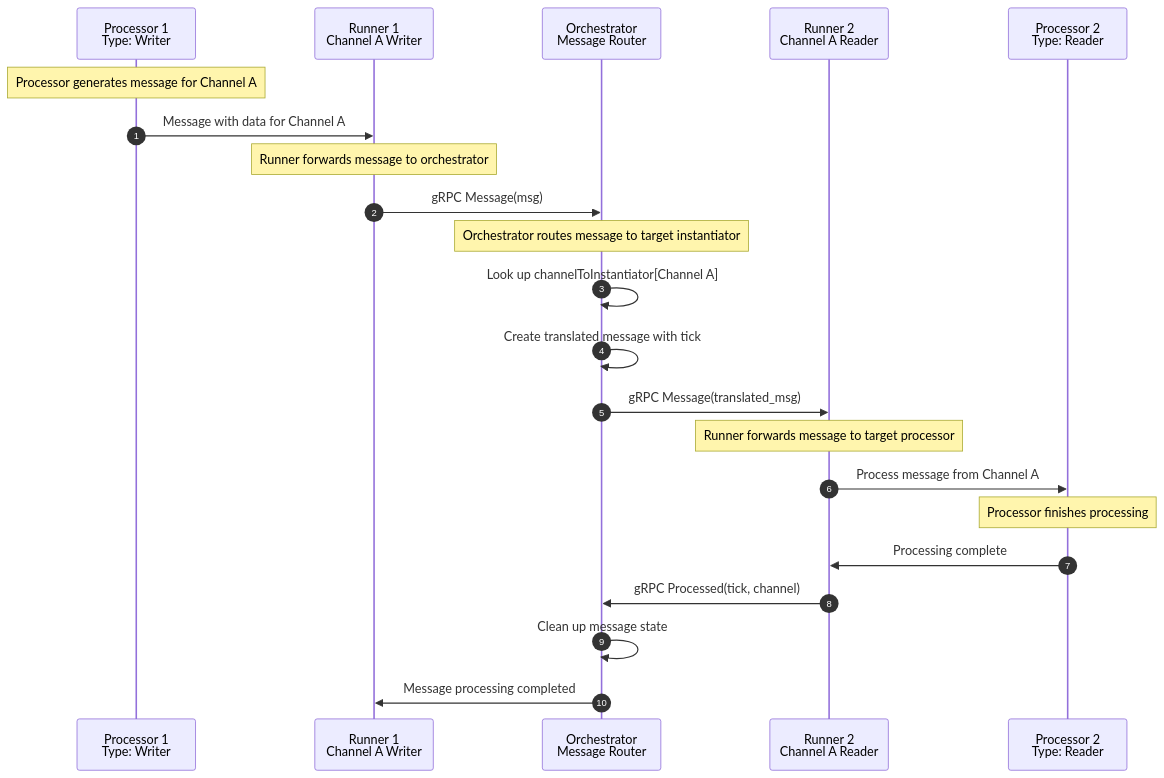
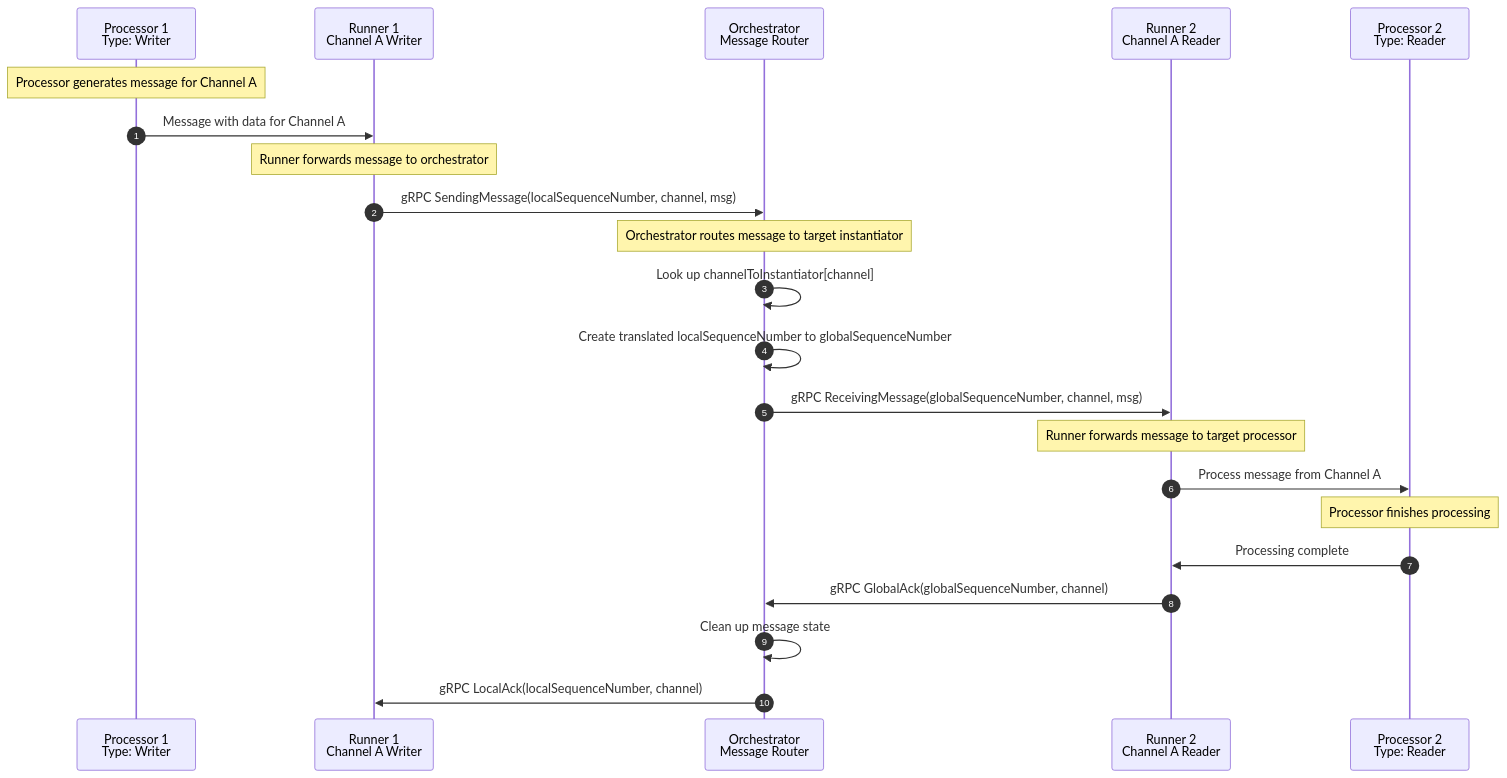
Before and after one commit to rdf-connect/orchestrator-js: the second of 3 diagrams in README.md, drawn with Mermaid. The commit also changed other lines of this file and 11 other files, not shown here.

````diff
--- a/README.md
+++ b/README.md
@@ -282,28 +259,28 @@
 ```mermaid
 sequenceDiagram
     autonumber
     participant P1 as Processor 1<br/>Type: Writer
     participant R1 as Runner 1<br/>Channel A Writer
     participant O as Orchestrator<br/>Message Router
     participant R2 as Runner 2<br/>Channel A Reader
     participant P2 as Processor 2<br/>Type: Reader
 
     Note over P1: Processor generates message for Channel A
     P1->>R1: Message with data for Channel A
     Note over R1: Runner forwards message to orchestrator
-    R1->>O: gRPC Message(msg)
+    R1->>O: gRPC SendingMessage(localSequenceNumber, channel, msg)
 
     Note over O: Orchestrator routes message to target instantiator
-    O->>O: Look up channelToInstantiator[Channel A]
-    O->>O: Create translated message with tick
-    O->>R2: gRPC Message(translated_msg)
+    O->>O: Look up channelToInstantiator[channel]
+    O->>O: Create translated localSequenceNumber to globalSequenceNumber
+    O->>R2: gRPC ReceivingMessage(globalSequenceNumber, channel, msg)
 
     Note over R2: Runner forwards message to target processor
     R2->>P2: Process message from Channel A
 
     Note over P2: Processor finishes processing
     P2->>R2: Processing complete
-    R2->>O: gRPC Processed(tick, channel)
+    R2->>O: gRPC GlobalAck(globalSequenceNumber, channel)
     O->>O: Clean up message state
-    O->>R1: Message processing completed
+    O->>R1: gRPC LocalAck(localSequenceNumber, channel)
 ```
````
